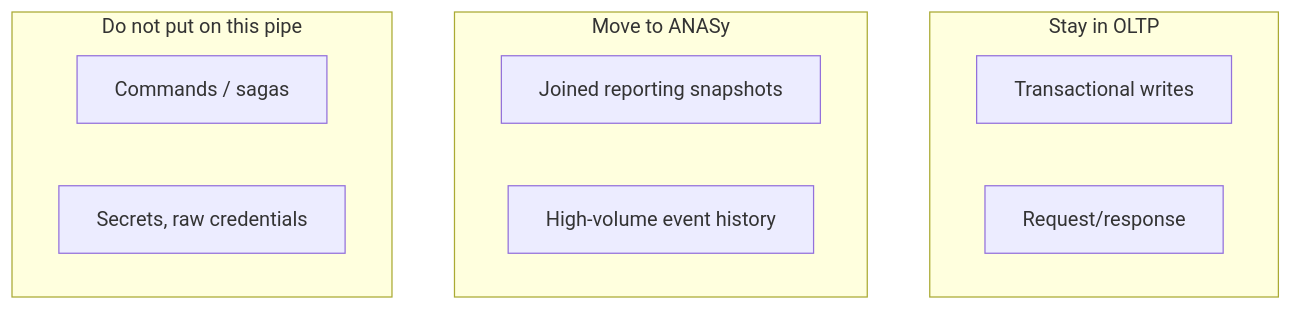
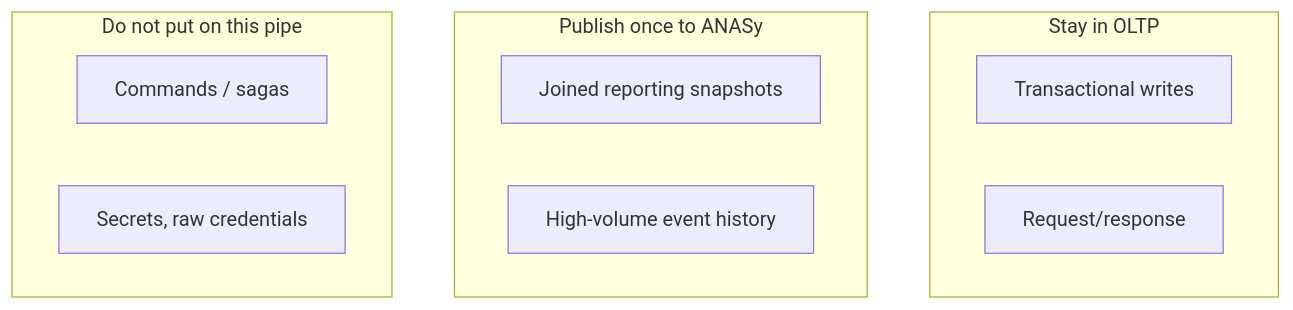
The third of 3 diagrams in docs/hld.md (AnaSyLabs/AnaSy), drawn with Mermaid before and after one commit. The commit also changed other lines of this file and 8 other files, not shown here.

First line of the commit message:
Refine ANASy documentation and architecture details

````diff
--- a/docs/hld.md
+++ b/docs/hld.md
@@ -102,17 +108,17 @@
 ```mermaid
 flowchart TB
   subgraph keep [Stay in OLTP]
     TX[Transactional writes]
     API[Request/response]
   end
 
-  subgraph move [Move to ANASy]
+  subgraph move [Publish once to ANASy]
     FAT[Joined reporting snapshots]
     HIST[High-volume event history]
   end
 
   subgraph never [Do not put on this pipe]
     CMD[Commands / sagas]
     PII[Secrets, raw credentials]
   end
 ```
````
